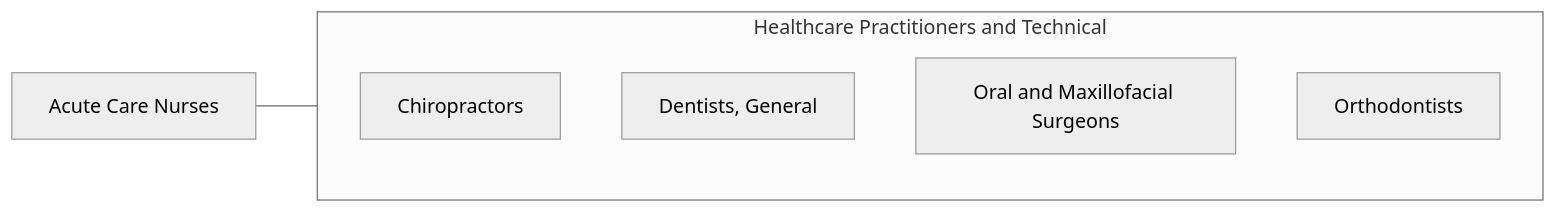
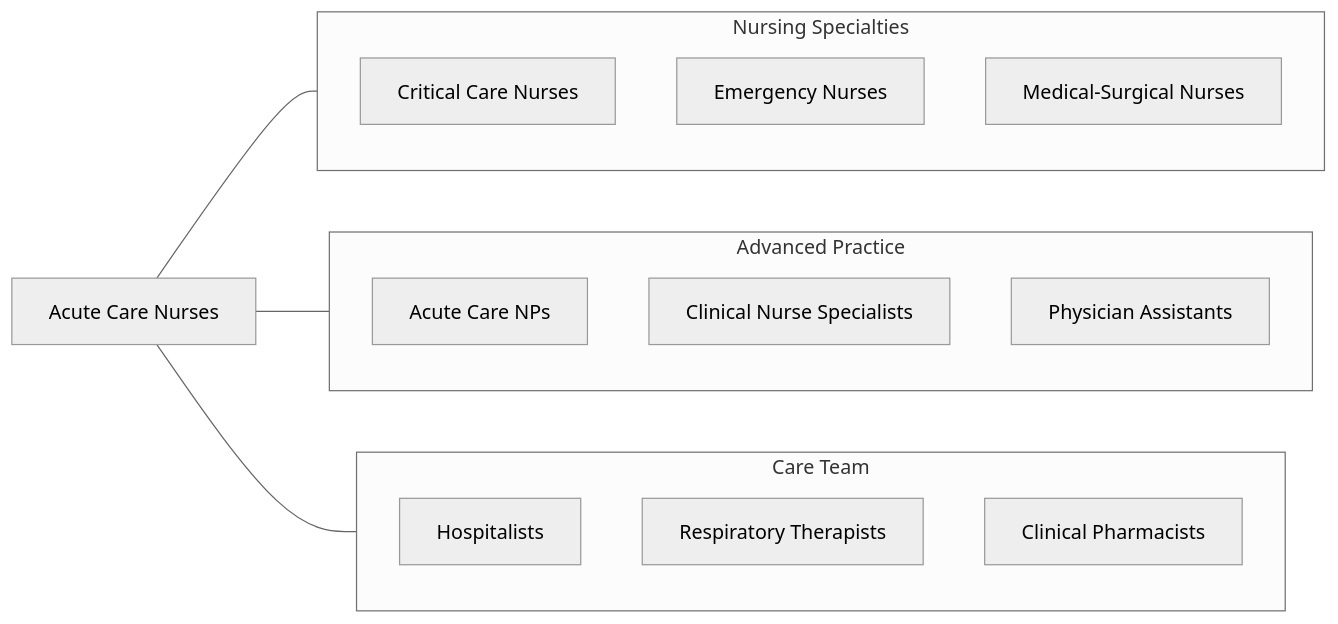
Before and after one commit to kziemski/business.org.ai: the fourth of 4 diagrams in occupations/HealthcarePractitioners/AcuteCareNurses.mdx, drawn with Mermaid (neutral theme). The commit also changed other lines of this file and 938 other files, not shown here.

````diff
--- a/occupations/HealthcarePractitioners/AcuteCareNurses.mdx
+++ b/occupations/HealthcarePractitioners/AcuteCareNurses.mdx
@@ -119,13 +223,26 @@
 ```mermaid
 graph LR
     Current["Acute Care Nurses"]
 
-    subgraph SameCategory["Healthcare Practitioners and Technical"]
-        Chiropractors["Chiropractors"]
-        DentistsGeneral["Dentists, General"]
-        OralAndMaxillofacial["Oral and Maxillofacial Surgeons"]
-        Orthodontists["Orthodontists"]
+    subgraph NursingSpecialties["Nursing Specialties"]
+        CritCare["Critical Care Nurses"]
+        EmergNurse["Emergency Nurses"]
+        MedSurg["Medical-Surgical Nurses"]
     end
 
-    Current --- SameCategory
+    subgraph AdvancedPractice["Advanced Practice"]
+        ACNP["Acute Care NPs"]
+        CNS["Clinical Nurse Specialists"]
+        PA["Physician Assistants"]
+    end
+
+    subgraph CareTeam["Care Team"]
+        Hospitalists["Hospitalists"]
+        RT["Respiratory Therapists"]
+        Pharmacists["Clinical Pharmacists"]
+    end
+
+    Current --- NursingSpecialties
+    Current --- AdvancedPractice
+    Current --- CareTeam
 ```
````
